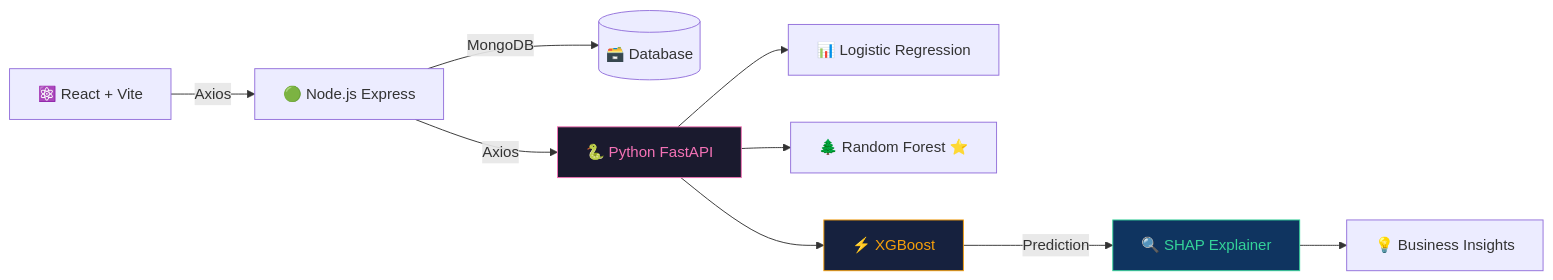
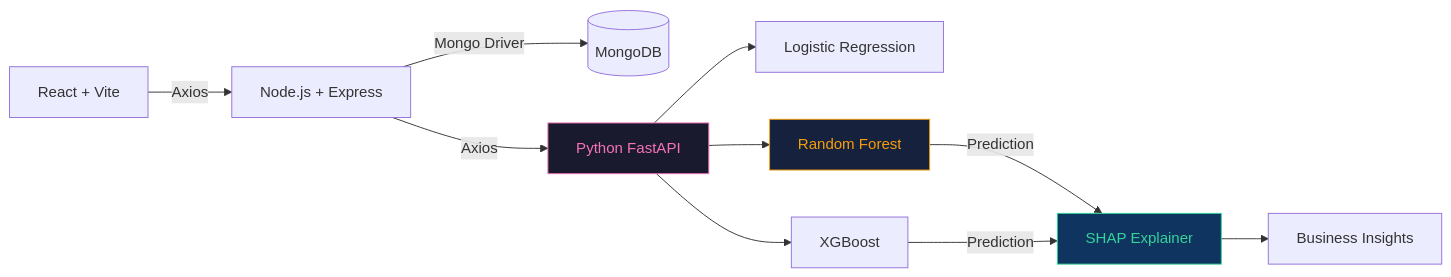
One commit to Piyush6046/Piyush6046 changed the third of 6 diagrams in README.md. Above: the diagram before and after it, drawn with Mermaid. The commit also changed other lines of this file, not shown here.

````diff
--- a/README.md
+++ b/README.md
@@ -291,15 +201,16 @@
 ```mermaid
 flowchart LR
-    A[⚛️ React + Vite] -->|Axios| B[🟢 Node.js Express]
-    B -->|MongoDB| C[(🗃️ Database)]
-    B -->|Axios| D[🐍 Python FastAPI]
-    D --> E[📊 Logistic Regression]
-    D --> F[🌲 Random Forest ⭐]
-    D --> G[⚡ XGBoost]
-    G -->|Prediction| H[🔍 SHAP Explainer]
-    H --> I[💡 Business Insights]
+    A["React + Vite"] -->|Axios| B["Node.js + Express"]
+    B -->|Mongo Driver| C[("MongoDB")]
+    B -->|Axios| D["Python FastAPI"]
+    D --> E["Logistic Regression"]
+    D --> F["Random Forest"]
+    D --> G["XGBoost"]
+    F -->|Prediction| H["SHAP Explainer"]
+    G -->|Prediction| H
+    H --> I["Business Insights"]
 
     style D fill:#1a1a2e,color:#f472b6,stroke:#f472b6
-    style G fill:#16213e,color:#f59e0b,stroke:#f59e0b
+    style F fill:#16213e,color:#f59e0b,stroke:#f59e0b
     style H fill:#0f3460,color:#34d399,stroke:#34d399
 ```
````
